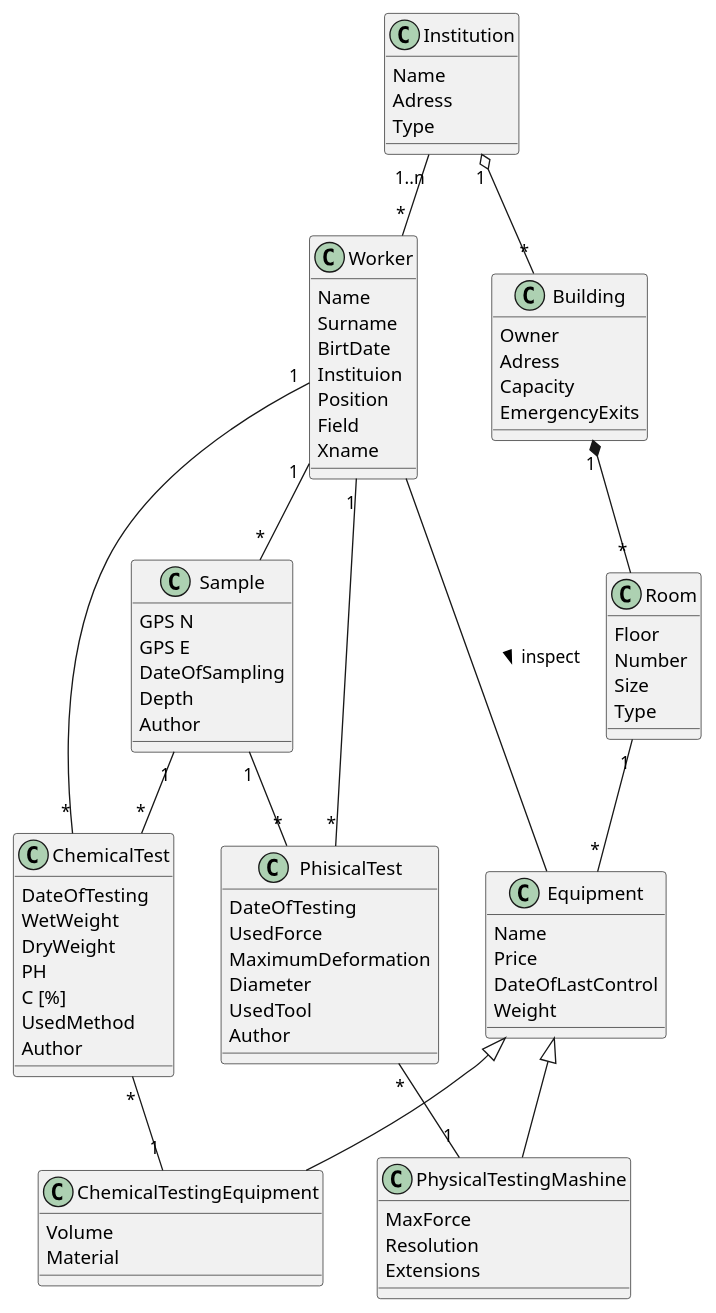
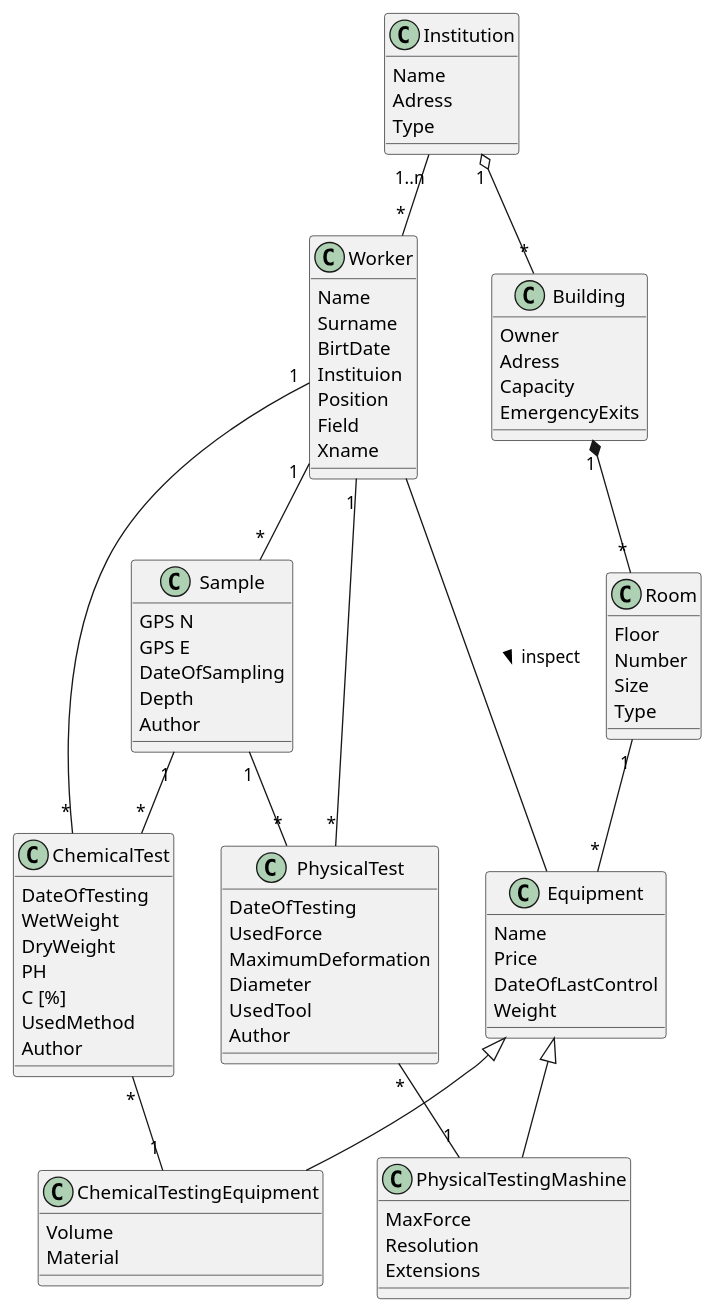
Before and after one commit to Bezobsahu/MyMasterDegree: the first of 4 diagrams in FirstSemester/UML.md, drawn with PlantUML. The commit also changed other lines of this file and 1 other file, not shown here.

````diff
--- a/FirstSemester/UML.md
+++ b/FirstSemester/UML.md
@@ -28,7 +28,7 @@
     Author
 }
 
-class PhisicalTest{
+class PhysicalTest{
     DateOfTesting
     UsedForce
     MaximumDeformation
@@ -70,12 +70,12 @@
     Type
 }
 
-Sample "1" -- "*" PhisicalTest
+Sample "1" -- "*" PhysicalTest
 Sample "1" -- "*" ChemicalTest
 
 Worker "1" -- "*" Sample
 Worker "1" -- "*" ChemicalTest
-Worker "1" -- "*" PhisicalTest
+Worker "1" -- "*" PhysicalTest
 Worker - Equipment: inspect >
 
 Equipment <|-- PhysicalTestingMashine
@@ -88,7 +88,7 @@
 
 Room "1" -- "*" Equipment
 
-PhisicalTest "*" -- "1" PhysicalTestingMashine
+PhysicalTest "*" -- "1" PhysicalTestingMashine
 ChemicalTest "*" -- "1"  ChemicalTestingEquipment
 
 ```
````
